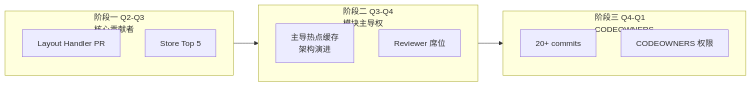
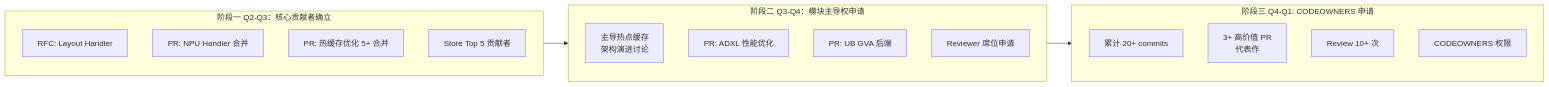
Before and after one commit to QJWang23/Mooncake: diagram 11 of 11 in docs/superpowers/briefings/2026-06-11-distributed-kvcache-executive-briefing.md, drawn with Mermaid. The commit also changed other lines of this file, not shown here.

First line of the commit message:
docs(briefing): rewrite Section 5 with detailed breakthrough directions and Mooncake upstream roadmap

````diff
--- a/docs/superpowers/briefings/2026-06-11-distributed-kvcache-executive-briefing.md
+++ b/docs/superpowers/briefings/2026-06-11-distributed-kvcache-executive-briefing.md
@@ -351,19 +451,25 @@
 ```mermaid
 graph LR
-    subgraph Q2Q3["阶段一 Q2-Q3<br/>核心贡献者"]
-        A1["Layout Handler PR"]
-        A2["Store Top 5"]
+    subgraph 阶段一["阶段一 Q2-Q3：核心贡献者确立"]
+        A1["RFC: Layout Handler"]
+        A2["PR: NPU Handler 合并"]
+        A3["PR: 热缓存优化 5+ 合并"]
+        A4["Store Top 5 贡献者"]
     end
 
-    subgraph Q3Q4["阶段二 Q3-Q4<br/>模块主导权"]
-        B1["主导热点缓存<br/>架构演进"]
-        B2["Reviewer 席位"]
+    subgraph 阶段二["阶段二 Q3-Q4：模块主导权申请"]
+        B1["主导热点缓存<br/>架构演进讨论"]
+        B2["PR: ADXL 性能优化"]
+        B3["PR: UB GVA 后端"]
+        B4["Reviewer 席位申请"]
     end
 
-    subgraph Q4Q1["阶段三 Q4-Q1<br/>CODEOWNERS"]
-        C1["20+ commits"]
-        C2["CODEOWNERS 权限"]
+    subgraph 阶段三["阶段三 Q4-Q1: CODEOWNERS 申请"]
+        C1["累计 20+ commits"]
+        C2["3+ 高价值 PR<br/>代表作"]
+        C3["Review 10+ 次"]
+        C4["CODEOWNERS 权限"]
     end
 
-    Q2Q3 --> Q3Q4 --> Q4Q1
+    阶段一 --> 阶段二 --> 阶段三
 ```
````
